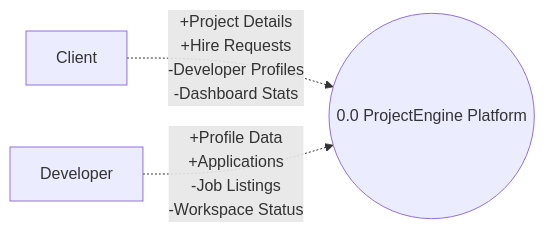
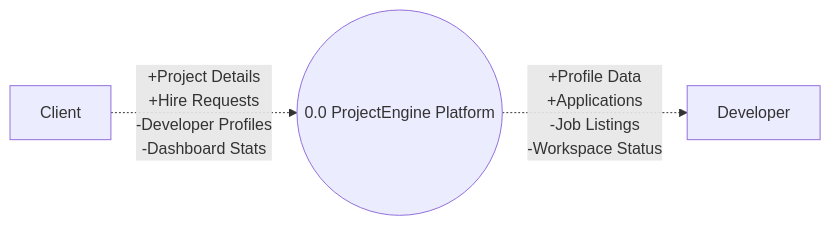
The second of 5 diagrams in README.md (qhmed67/ProjectEngine), drawn with Mermaid before and after one commit.

````diff
--- a/README.md
+++ b/README.md
@@ -99,9 +99,9 @@
 ```mermaid
 flowchart LR
     Client[Client]
+    Sys((0.0 ProjectEngine Platform))
     Dev[Developer]
-    Sys((0.0 ProjectEngine Platform))
 
     Client -. "+Project Details\n+Hire Requests\n-Developer Profiles\n-Dashboard Stats" .-> Sys
-    Dev -. "+Profile Data\n+Applications\n-Job Listings\n-Workspace Status" .-> Sys
+    Sys -. "+Profile Data\n+Applications\n-Job Listings\n-Workspace Status" .-> Dev
 ```
````
